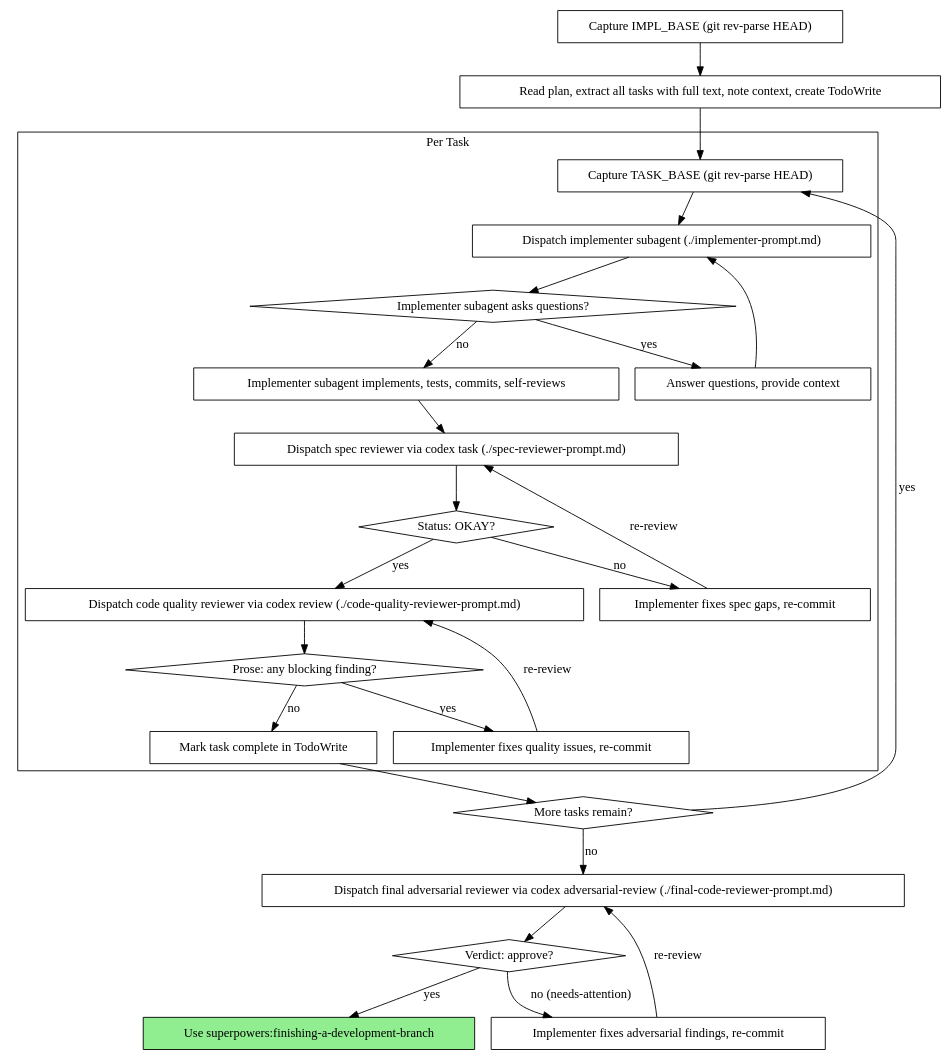
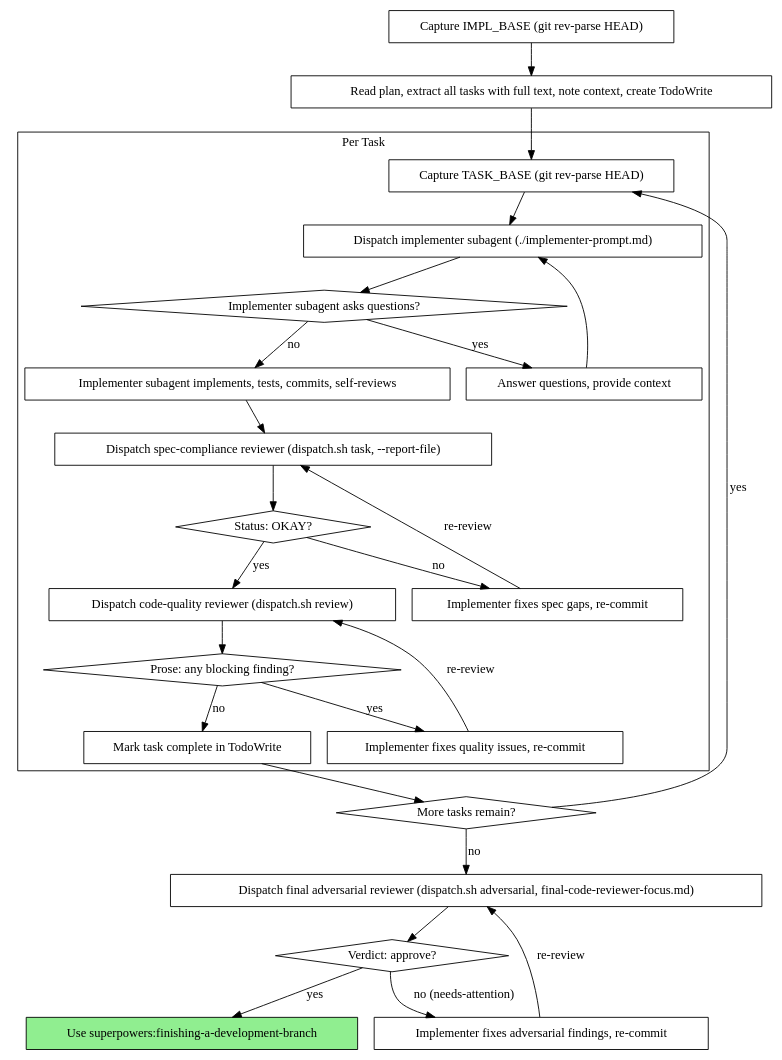
Before and after one commit to stu43005/superpowers-codex: the second of 2 diagrams in skills/subagent-driven-development/SKILL.md, drawn with Graphviz. The commit also changed other lines of this file, not shown here.

First line of the commit message:
refactor(sdd): dispatch reviewers via dispatch.sh, pass report by file

````diff
--- a/skills/subagent-driven-development/SKILL.md
+++ b/skills/subagent-driven-development/SKILL.md
@@ -34,53 +34,53 @@
 ```dot
 digraph process {
     rankdir=TB;
 
     subgraph cluster_per_task {
         label="Per Task";
         "Capture TASK_BASE (git rev-parse HEAD)" [shape=box];
         "Dispatch implementer subagent (./implementer-prompt.md)" [shape=box];
         "Implementer subagent asks questions?" [shape=diamond];
         "Answer questions, provide context" [shape=box];
         "Implementer subagent implements, tests, commits, self-reviews" [shape=box];
-        "Dispatch spec reviewer via codex task (./spec-reviewer-prompt.md)" [shape=box];
+        "Dispatch spec-compliance reviewer (dispatch.sh task, --report-file)" [shape=box];
         "Status: OKAY?" [shape=diamond];
         "Implementer fixes spec gaps, re-commit" [shape=box];
-        "Dispatch code quality reviewer via codex review (./code-quality-reviewer-prompt.md)" [shape=box];
+        "Dispatch code-quality reviewer (dispatch.sh review)" [shape=box];
         "Prose: any blocking finding?" [shape=diamond];
         "Implementer fixes quality issues, re-commit" [shape=box];
         "Mark task complete in TodoWrite" [shape=box];
     }
 
     "Capture IMPL_BASE (git rev-parse HEAD)" [shape=box];
     "Read plan, extract all tasks with full text, note context, create TodoWrite" [shape=box];
     "More tasks remain?" [shape=diamond];
-    "Dispatch final adversarial reviewer via codex adversarial-review (./final-code-reviewer-prompt.md)" [shape=box];
+    "Dispatch final adversarial reviewer (dispatch.sh adversarial, final-code-reviewer-focus.md)" [shape=box];
     "Verdict: approve?" [shape=diamond];
     "Implementer fixes adversarial findings, re-commit" [shape=box];
     "Use superpowers:finishing-a-development-branch" [shape=box style=filled fillcolor=lightgreen];
 
     "Capture IMPL_BASE (git rev-parse HEAD)" -> "Read plan, extract all tasks with full text, note context, create TodoWrite";
     "Read plan, extract all tasks with full text, note context, create TodoWrite" -> "Capture TASK_BASE (git rev-parse HEAD)";
     "Capture TASK_BASE (git rev-parse HEAD)" -> "Dispatch implementer subagent (./implementer-prompt.md)";
     "Dispatch implementer subagent (./implementer-prompt.md)" -> "Implementer subagent asks questions?";
     "Implementer subagent asks questions?" -> "Answer questions, provide context" [label="yes"];
     "Answer questions, provide context" -> "Dispatch implementer subagent (./implementer-prompt.md)";
     "Implementer subagent asks questions?" -> "Implementer subagent implements, tests, commits, self-reviews" [label="no"];
-    "Implementer subagent implements, tests, commits, self-reviews" -> "Dispatch spec reviewer via codex task (./spec-reviewer-prompt.md)";
-    "Dispatch spec reviewer via codex task (./spec-reviewer-prompt.md)" -> "Status: OKAY?";
+    "Implementer subagent implements, tests, commits, self-reviews" -> "Dispatch spec-compliance reviewer (dispatch.sh task, --report-file)";
+    "Dispatch spec-compliance reviewer (dispatch.sh task, --report-file)" -> "Status: OKAY?";
     "Status: OKAY?" -> "Implementer fixes spec gaps, re-commit" [label="no"];
-    "Implementer fixes spec gaps, re-commit" -> "Dispatch spec reviewer via codex task (./spec-reviewer-prompt.md)" [label="re-review"];
-    "Status: OKAY?" -> "Dispatch code quality reviewer via codex review (./code-quality-reviewer-prompt.md)" [label="yes"];
-    "Dispatch code quality reviewer via codex review (./code-quality-reviewer-prompt.md)" -> "Prose: any blocking finding?";
+    "Implementer fixes spec gaps, re-commit" -> "Dispatch spec-compliance reviewer (dispatch.sh task, --report-file)" [label="re-review"];
+    "Status: OKAY?" -> "Dispatch code-quality reviewer (dispatch.sh review)" [label="yes"];
+    "Dispatch code-quality reviewer (dispatch.sh review)" -> "Prose: any blocking finding?";
     "Prose: any blocking finding?" -> "Implementer fixes quality issues, re-commit" [label="yes"];
-    "Implementer fixes quality issues, re-commit" -> "Dispatch code quality reviewer via codex review (./code-quality-reviewer-prompt.md)" [label="re-review"];
+    "Implementer fixes quality issues, re-commit" -> "Dispatch code-quality reviewer (dispatch.sh review)" [label="re-review"];
     "Prose: any blocking finding?" -> "Mark task complete in TodoWrite" [label="no"];
     "Mark task complete in TodoWrite" -> "More tasks remain?";
     "More tasks remain?" -> "Capture TASK_BASE (git rev-parse HEAD)" [label="yes"];
-    "More tasks remain?" -> "Dispatch final adversarial reviewer via codex adversarial-review (./final-code-reviewer-prompt.md)" [label="no"];
-    "Dispatch final adversarial reviewer via codex adversarial-review (./final-code-reviewer-prompt.md)" -> "Verdict: approve?";
+    "More tasks remain?" -> "Dispatch final adversarial reviewer (dispatch.sh adversarial, final-code-reviewer-focus.md)" [label="no"];
+    "Dispatch final adversarial reviewer (dispatch.sh adversarial, final-code-reviewer-focus.md)" -> "Verdict: approve?";
     "Verdict: approve?" -> "Implementer fixes adversarial findings, re-commit" [label="no (needs-attention)"];
-    "Implementer fixes adversarial findings, re-commit" -> "Dispatch final adversarial reviewer via codex adversarial-review (./final-code-reviewer-prompt.md)" [label="re-review"];
+    "Implementer fixes adversarial findings, re-commit" -> "Dispatch final adversarial reviewer (dispatch.sh adversarial, final-code-reviewer-focus.md)" [label="re-review"];
     "Verdict: approve?" -> "Use superpowers:finishing-a-development-branch" [label="yes"];
 }
 ```
````
